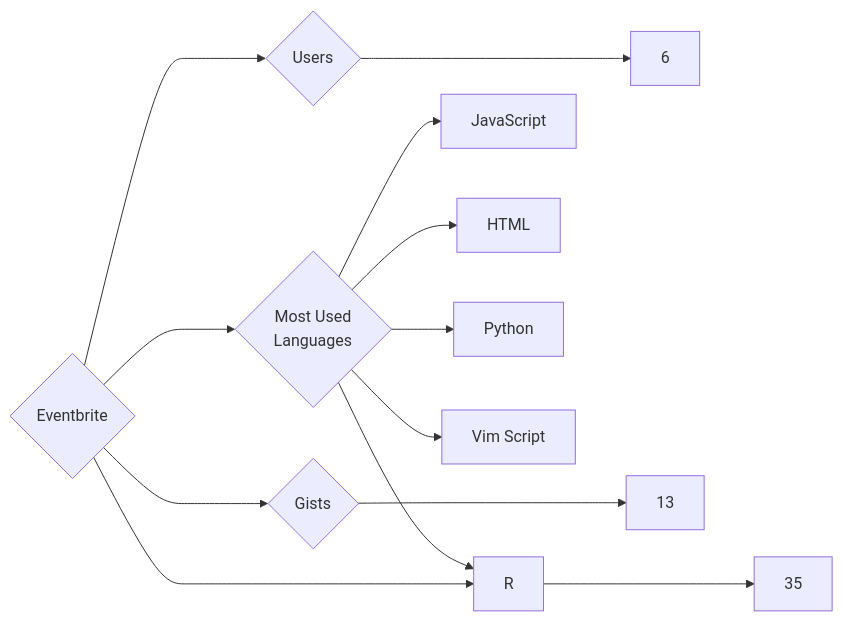
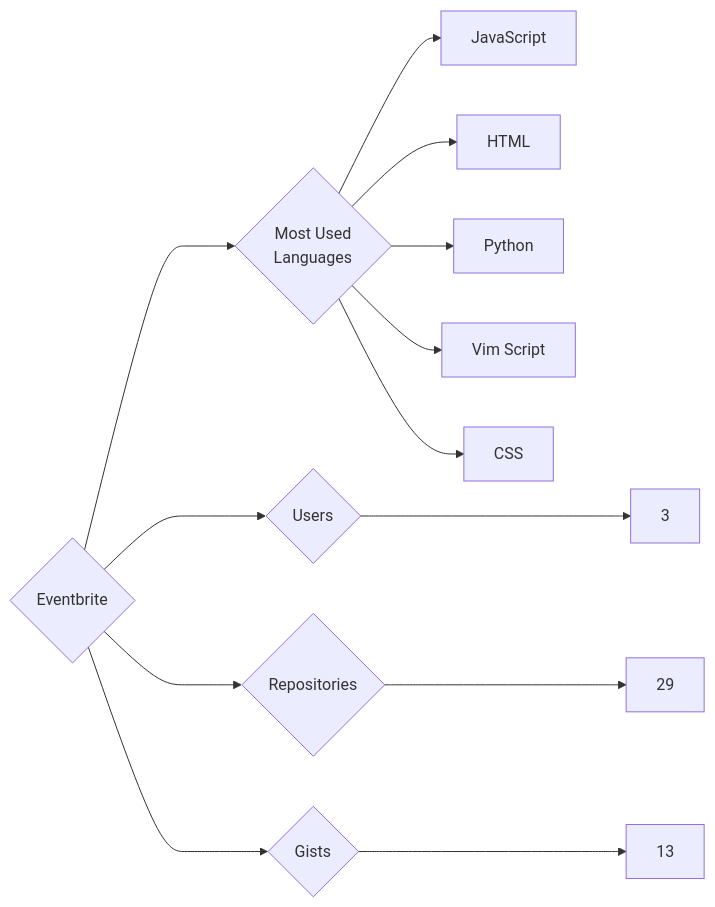
Before and after one commit to trickest/insiders: the diagram in targets/Eventbrite/README.md, drawn with Mermaid. The commit also changed 636 other files, not shown here.

````diff
--- a/targets/Eventbrite/README.md
+++ b/targets/Eventbrite/README.md
@@ -3,13 +3,13 @@
 ```mermaid
 graph LR
 COMPANY_NAME{Eventbrite}
-COMPANY_NAME ---> U{Users} ---> UN[6]
-COMPANY_NAME ---> R{Repositories} ---> RN[35]
+COMPANY_NAME ---> U{Users} ---> UN[3]
+COMPANY_NAME ---> R{Repositories} ---> RN[29]
 COMPANY_NAME ---> G{Gists} ---> GN[13]
 COMPANY_NAME ---> ML{Most Used<br>Languages}
 ML --> JavaScript[JavaScript]
 ML --> HTML[HTML]
 ML --> Python[Python]
 ML --> Vim_Script[Vim Script]
-ML --> R[R]
+ML --> CSS[CSS]
 ```
````
